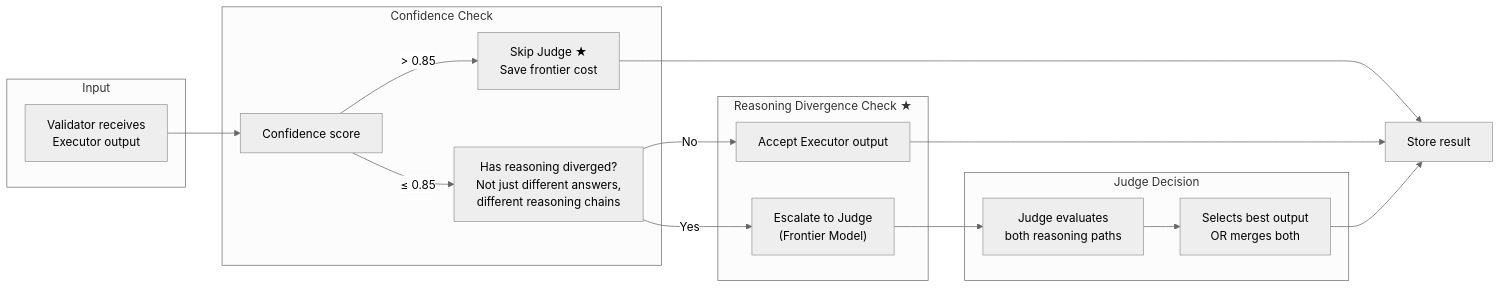
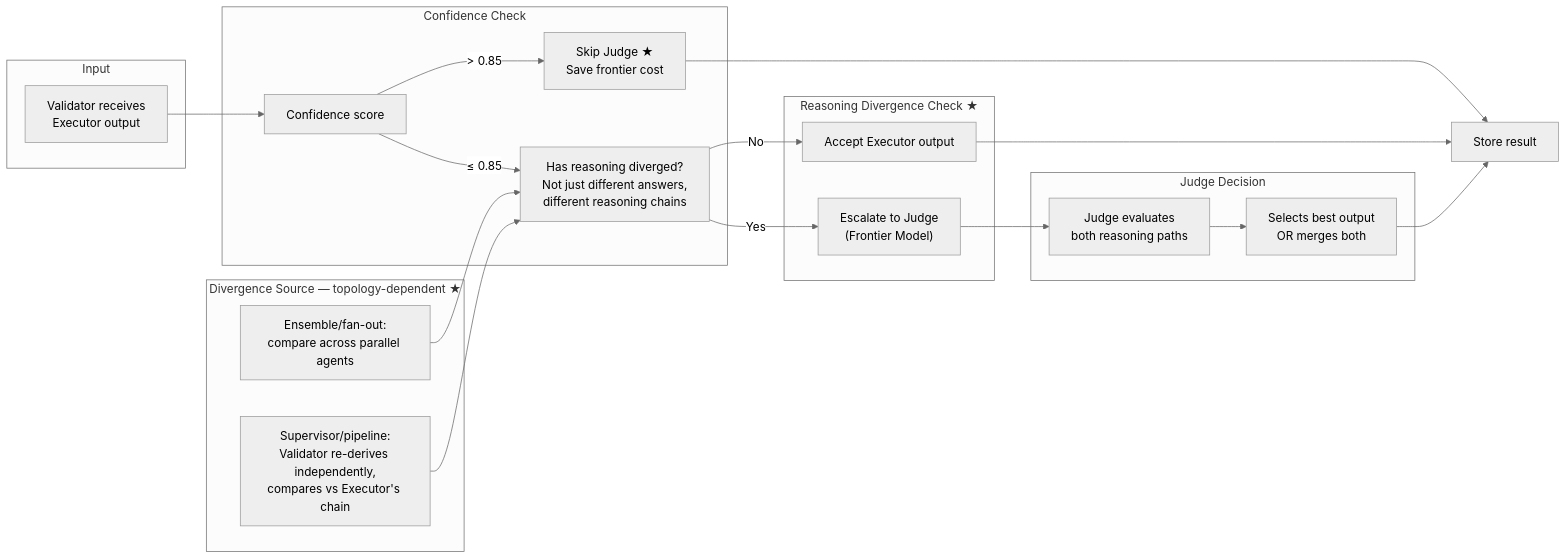
One commit to nikunjkumar05/multi_agent changed the third of 3 diagrams in docs/plan.md. Above: the diagram before and after it, drawn with Mermaid (neutral theme). The commit also changed other lines of this file and 11 other files, not shown here.

````diff
--- a/docs/plan.md
+++ b/docs/plan.md
@@ -122,28 +118,30 @@
 ```mermaid
 flowchart LR
     subgraph "Input"
         VAL_OUT["Validator receives<br/>Executor output"]
     end
-
     subgraph "Confidence Check"
         CONF["Confidence score"]
         CONF -->|"> 0.85"| SKIP["Skip Judge ★<br/>Save frontier cost"]
         CONF -->|"≤ 0.85"| DIV
     end
-
+    subgraph "Divergence Source — topology-dependent ★"
+        SRC_ENS["Ensemble/fan-out:<br/>compare across parallel agents"]
+        SRC_SEQ["Supervisor/pipeline:<br/>Validator re-derives independently,<br/>compares vs Executor's chain"]
+    end
     subgraph "Reasoning Divergence Check ★"
         DIV["Has reasoning diverged?<br/>Not just different answers,<br/>different reasoning chains"]
         DIV -->|"No"| ACCEPT["Accept Executor output"]
         DIV -->|"Yes"| ESCALATE["Escalate to Judge<br/>(Frontier Model)"]
     end
-
     subgraph "Judge Decision"
         ESCALATE --> J["Judge evaluates<br/>both reasoning paths"]
         J --> VERDICT["Selects best output<br/>OR merges both"]
     end
-
     VAL_OUT --> CONF
+    SRC_ENS --> DIV
+    SRC_SEQ --> DIV
     SKIP --> DONE["Store result"]
     ACCEPT --> DONE
     VERDICT --> DONE
 ```
````
